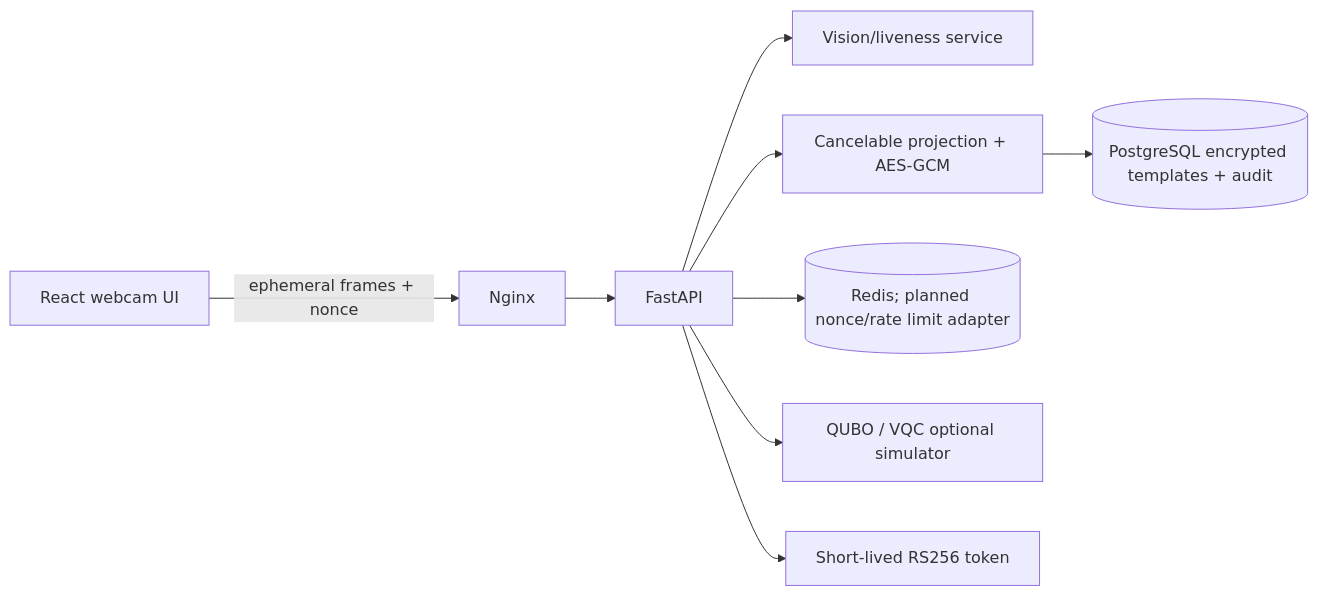
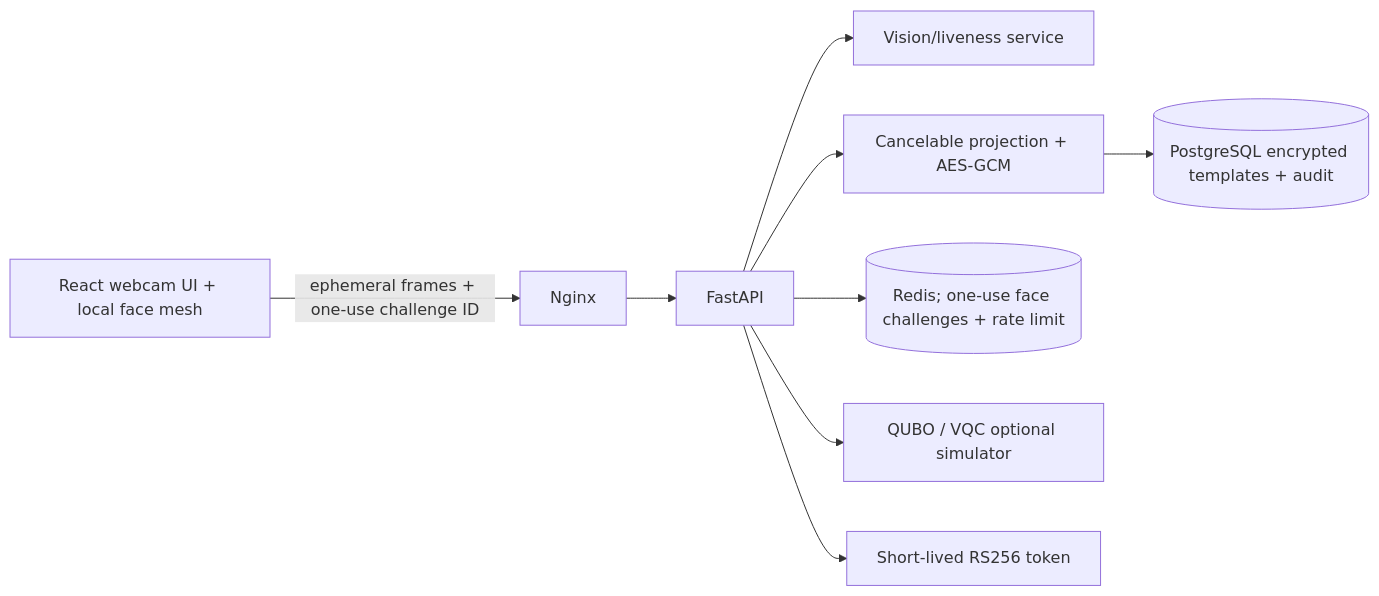
The diagram in docs/ARCHITECTURE.md (devbothra16-svg/Quantum-Face-Authentication-System), drawn with Mermaid before and after one commit. The commit also changed other lines of this file and 28 other files, not shown here.

````diff
--- a/docs/ARCHITECTURE.md
+++ b/docs/ARCHITECTURE.md
@@ -3,11 +3,11 @@
 ```mermaid
 flowchart LR
-  Browser[React webcam UI] -->|ephemeral frames + nonce| Proxy[Nginx]
+  Browser[React webcam UI + local face mesh] -->|ephemeral frames + one-use challenge ID| Proxy[Nginx]
   Proxy --> API[FastAPI]
   API --> Vision[Vision/liveness service]
   API --> Protect[Cancelable projection + AES-GCM]
   Protect --> DB[(PostgreSQL encrypted templates + audit)]
-  API --> Cache[(Redis; planned nonce/rate limit adapter)]
+  API --> Cache[(Redis; one-use face challenges + rate limit)]
   API --> Quantum[QUBO / VQC optional simulator]
   API --> JWT[Short-lived RS256 token]
 ```
````
